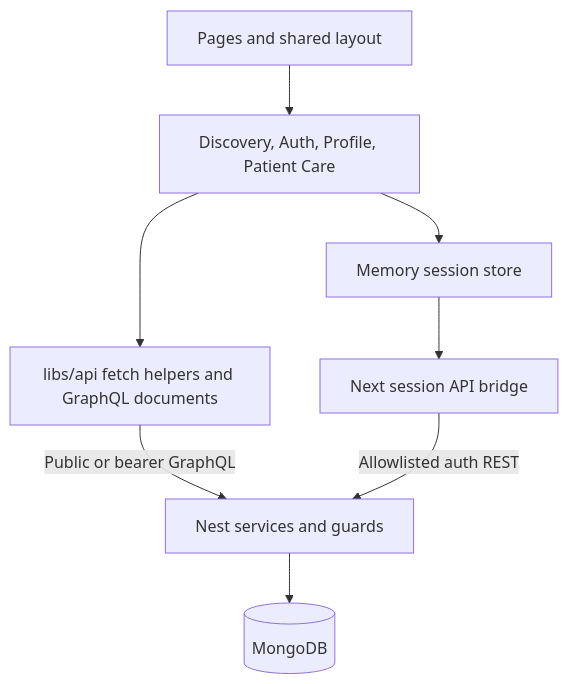
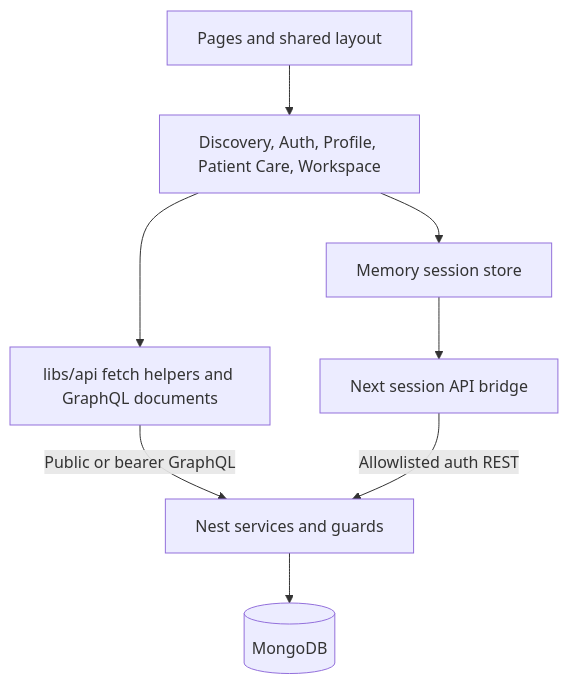
Before and after one commit to aaronkr-2026-2/cbnu-soft-eng-software-engineering-project-group-1: the first of 2 diagrams in docs/architecture/architecture-next.md, drawn with Mermaid. The commit also changed other lines of this file and 22 other files, not shown here.

````diff
--- a/docs/architecture/architecture-next.md
+++ b/docs/architecture/architecture-next.md
@@ -15,10 +15,10 @@
 ```mermaid
 flowchart TD
-  Routes[Pages and shared layout] --> Features[Discovery, Auth, Profile, Patient Care]
+  Routes[Pages and shared layout] --> Features[Discovery, Auth, Profile, Patient Care, Workspace]
   Features --> Transport[libs/api fetch helpers and GraphQL documents]
   Features --> Session[Memory session store]
   Session --> Bridge[Next session API bridge]
   Transport -->|Public or bearer GraphQL| Nest[Nest services and guards]
   Bridge -->|Allowlisted auth REST| Nest
   Nest --> DB[(MongoDB)]
 ```
````
